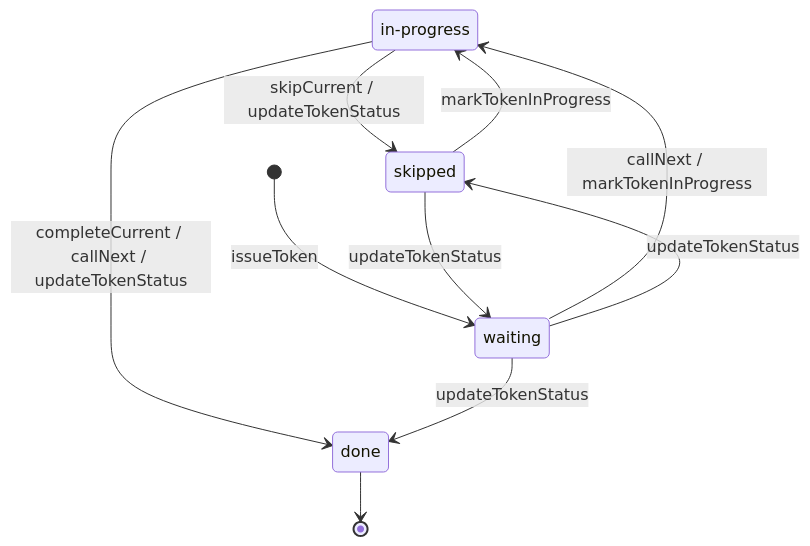
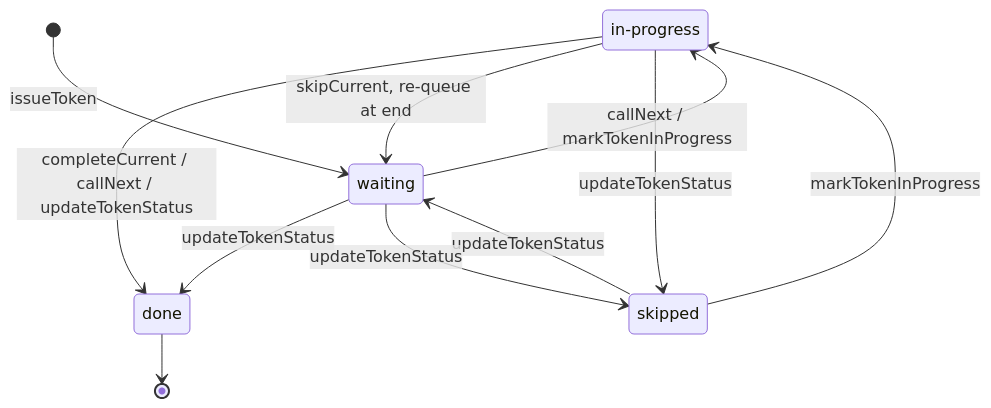
Before and after one commit to vihang2k23/medicare-hms: the first of 2 diagrams in PROJECT_FLOW.md, drawn with Mermaid. The commit also changed other lines of this file and 37 other files, not shown here.

````diff
--- a/PROJECT_FLOW.md
+++ b/PROJECT_FLOW.md
@@ -226,13 +228,14 @@
 ```mermaid
 stateDiagram-v2
   state "in-progress" as InProgress
   [*] --> waiting: issueToken
   waiting --> InProgress: callNext / markTokenInProgress
   InProgress --> done: completeCurrent / callNext / updateTokenStatus
-  InProgress --> skipped: skipCurrent / updateTokenStatus
+  InProgress --> waiting: skipCurrent, re-queue at end
+  InProgress --> skipped: updateTokenStatus
   skipped --> waiting: updateTokenStatus
   skipped --> InProgress: markTokenInProgress
   waiting --> done: updateTokenStatus
   waiting --> skipped: updateTokenStatus
   done --> [*]
 ```
````
